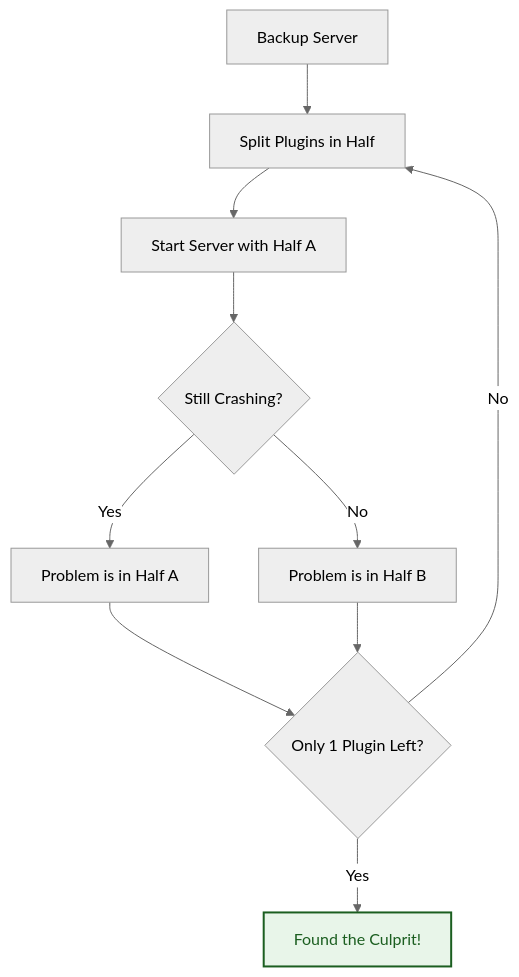
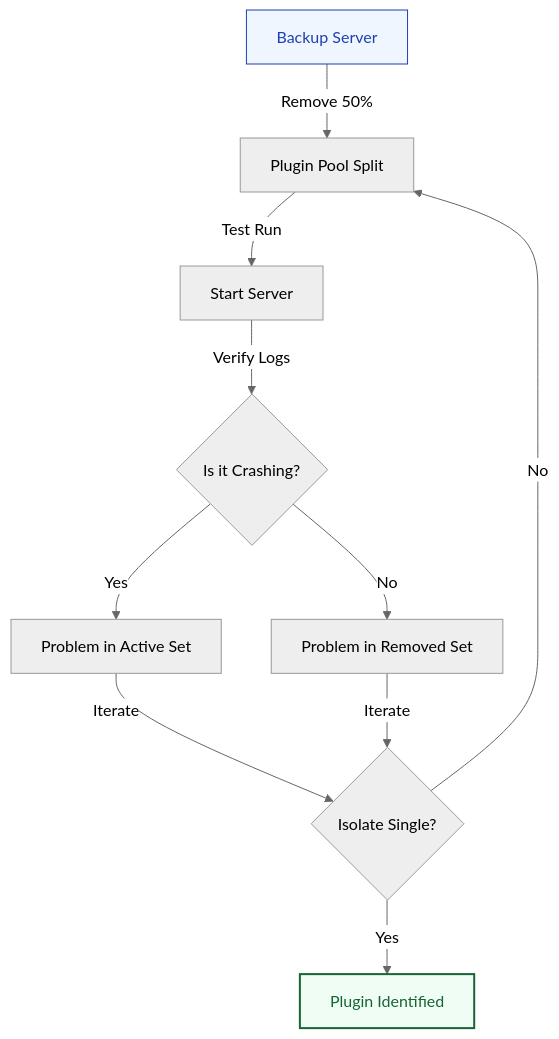
The second of 2 diagrams in docs/source/troubleshooting.rst (Earth1283/OpenWiki), drawn with Mermaid (neutral theme) before and after one commit. The commit also changed 5 other files, not shown here.

Commit message:
added more mermaids

```diff
--- a/docs/source/troubleshooting.rst
+++ b/docs/source/troubleshooting.rst
@@ -104,14 +104,15 @@
 .. mermaid::
 
    graph TD
-       Start[Backup Server] --> Split[Split Plugins in Half]
-       Split --> Run[Start Server with Half A]
-       Run --> Crash{Still Crashing?}
-       Crash -- Yes --> HalfA[Problem is in Half A]
-       Crash -- No --> HalfB[Problem is in Half B]
-       HalfA --> Done{Only 1 Plugin Left?}
-       HalfB --> Done
-       Done -- No --> Split
-       Done -- Yes --> Culprit[Found the Culprit!]
+       Start[Backup Server] -- "Remove 50%" --> Split[Plugin Pool Split]
+       Split -- "Test Run" --> Run[Start Server]
+       Run -- "Verify Logs" --> Crash{Is it Crashing?}
+       Crash -- "Yes" --> HalfA[Problem in Active Set]
+       Crash -- "No" --> HalfB[Problem in Removed Set]
+       HalfA -- "Iterate" --> Done{Isolate Single?}
+       HalfB -- "Iterate" --> Done
+       Done -- "No" --> Split
+       Done -- "Yes" --> Culprit[Plugin Identified]
        
-       style Culprit fill:#e8f5e9,stroke:#1b5e20,stroke-width:2px,color:#1b5e20
+       style Culprit fill:#f0fdf4,stroke:#166534,stroke-width:2px,color:#166534
+       style Start fill:#eff6ff,stroke:#1e40af,color:#1e40af
```
